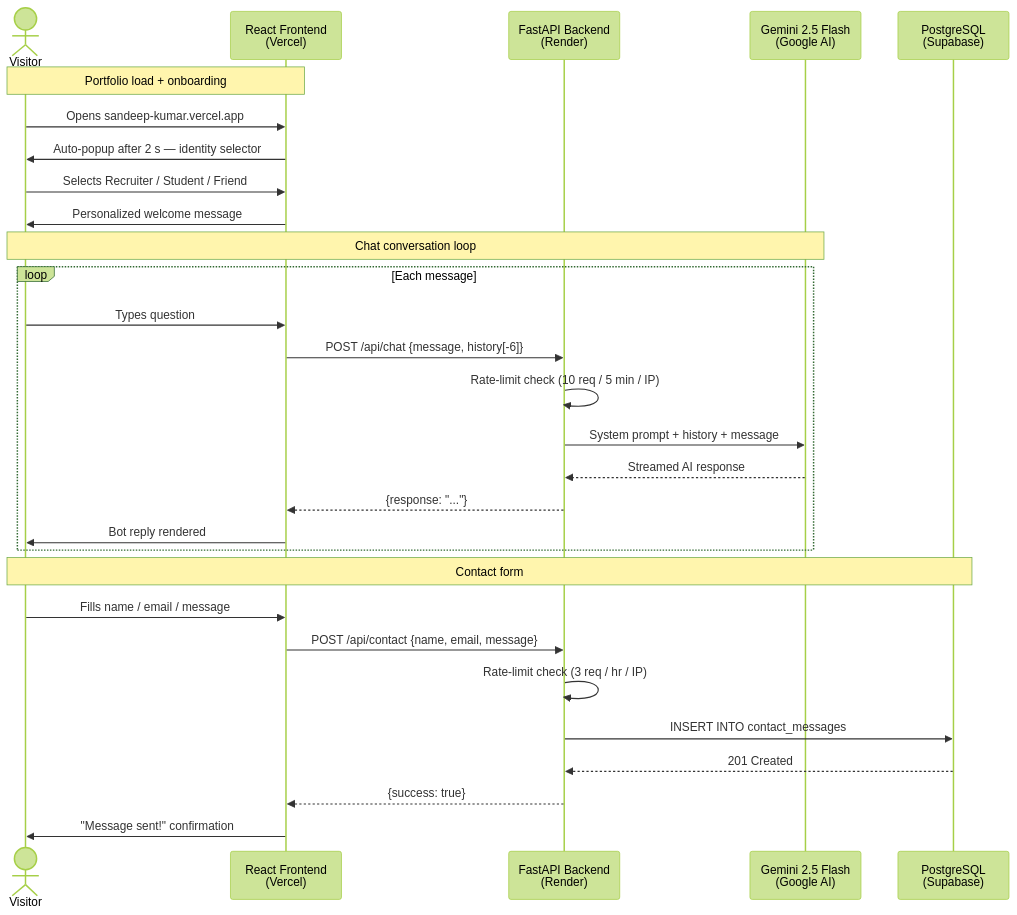
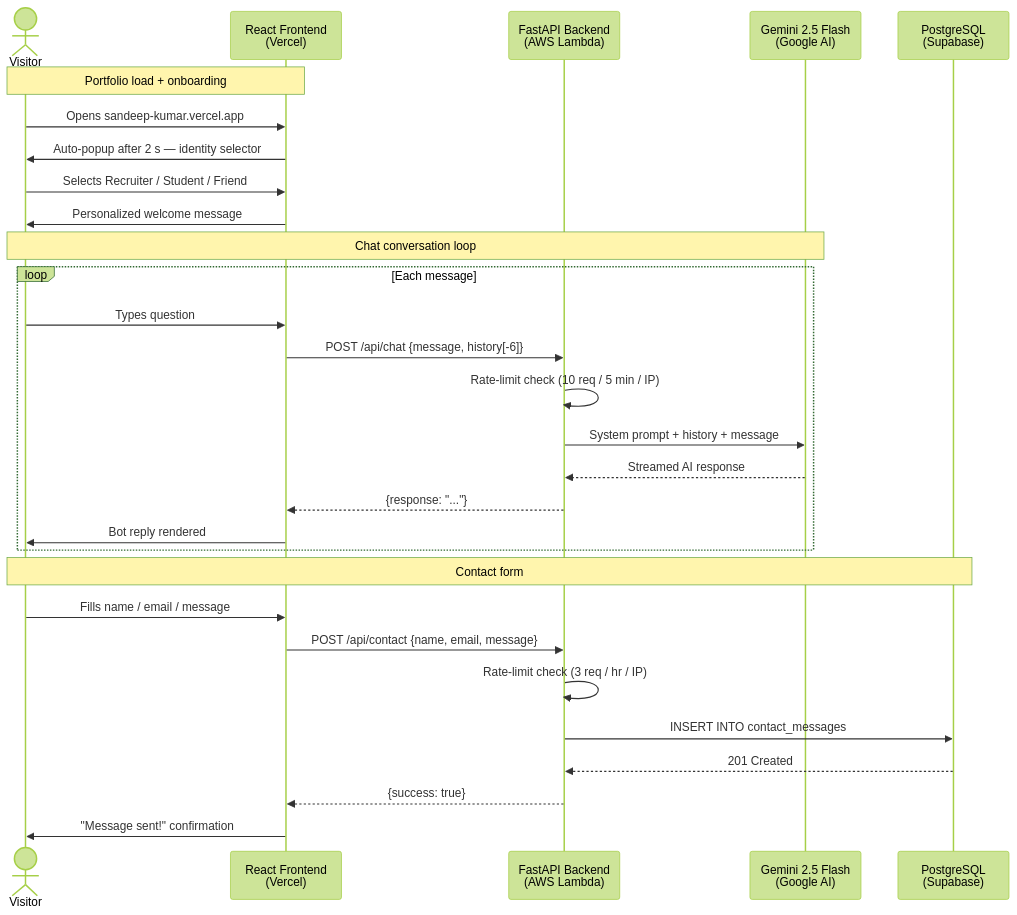
Before and after one commit to Qisanxi/Portfolio: the second of 3 diagrams in README.md, drawn with Mermaid (forest theme). The commit also changed other lines of this file, not shown here.

First line of the commit message:
docs: switch backend deployment to AWS Lambda + API Gateway

````diff
--- a/README.md
+++ b/README.md
@@ -90,34 +90,34 @@
 ```mermaid
 sequenceDiagram
     actor V as Visitor
     participant FE as React Frontend<br/>(Vercel)
-    participant API as FastAPI Backend<br/>(Render)
+    participant API as FastAPI Backend<br/>(AWS Lambda)
     participant AI as Gemini 2.5 Flash<br/>(Google AI)
     participant DB as PostgreSQL<br/>(Supabase)
 
     Note over V,FE: Portfolio load + onboarding
     V->>FE: Opens sandeep-kumar.vercel.app
     FE->>V: Auto-popup after 2 s — identity selector
     V->>FE: Selects Recruiter / Student / Friend
     FE->>V: Personalized welcome message
 
     Note over V,AI: Chat conversation loop
     loop Each message
         V->>FE: Types question
         FE->>API: POST /api/chat {message, history[-6]}
         API->>API: Rate-limit check (10 req / 5 min / IP)
         API->>AI: System prompt + history + message
         AI-->>API: Streamed AI response
         API-->>FE: {response: "..."}
         FE->>V: Bot reply rendered
     end
 
     Note over V,DB: Contact form
     V->>FE: Fills name / email / message
     FE->>API: POST /api/contact {name, email, message}
     API->>API: Rate-limit check (3 req / hr / IP)
     API->>DB: INSERT INTO contact_messages
     DB-->>API: 201 Created
     API-->>FE: {success: true}
     FE->>V: "Message sent!" confirmation
 ```
````
